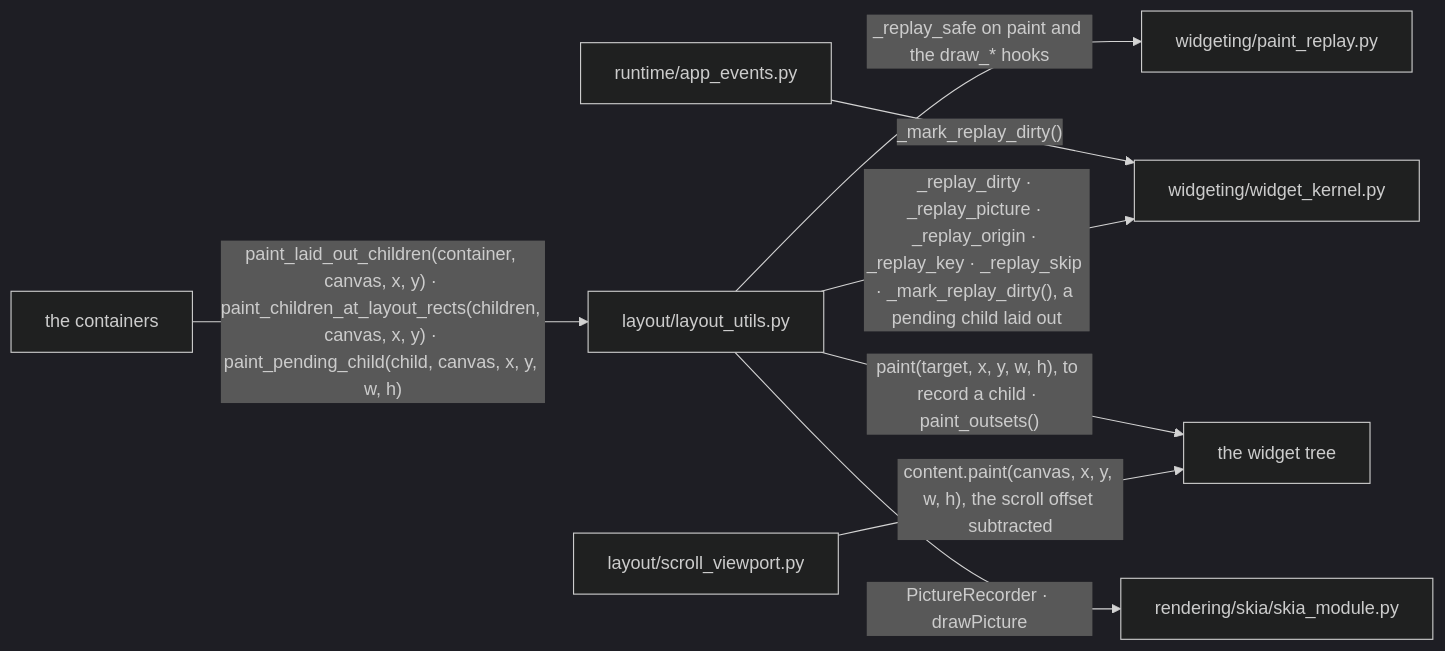
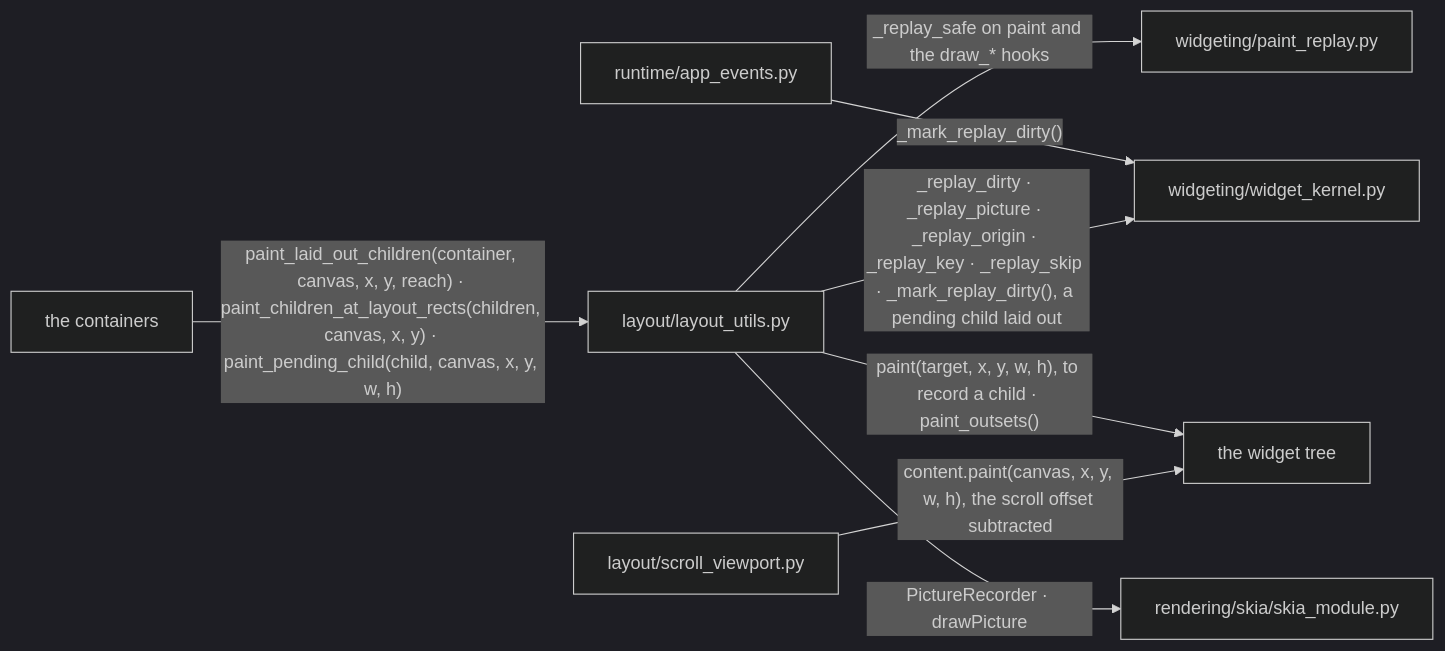
Before and after one commit to yuksblog/nuiitivet: the fifth of 6 diagrams in docs/design/PAINT_CACHE.md, drawn with Mermaid (dark theme). The commit also changed other lines of this file and 14 other files, not shown here.

First line of the commit message:
perf(layout): paint only the children of scroll content that the clip reaches

````diff
--- a/docs/design/PAINT_CACHE.md
+++ b/docs/design/PAINT_CACHE.md
@@ -151,19 +151,19 @@
 ```mermaid
 flowchart LR
     containers[the containers]
     utils[layout/layout_utils.py]
     viewport[layout/scroll_viewport.py]
     kernel[widgeting/widget_kernel.py]
     replay[widgeting/paint_replay.py]
     events[runtime/app_events.py]
     tree[the widget tree]
     skia[rendering/skia/skia_module.py]
 
-    containers -- "paint_laid_out_children(container, canvas, x, y) · paint_children_at_layout_rects(children, canvas, x, y) · paint_pending_child(child, canvas, x, y, w, h)" --> utils
+    containers -- "paint_laid_out_children(container, canvas, x, y, reach) · paint_children_at_layout_rects(children, canvas, x, y) · paint_pending_child(child, canvas, x, y, w, h)" --> utils
     viewport -- "content.paint(canvas, x, y, w, h), the scroll offset subtracted" --> tree
     utils -- "_replay_dirty · _replay_picture · _replay_origin · _replay_key · _replay_skip · _mark_replay_dirty(), a pending child laid out" --> kernel
     utils -- "_replay_safe on paint and the draw_* hooks" --> replay
     utils -- "paint(target, x, y, w, h), to record a child · paint_outsets()" --> tree
     utils -- "PictureRecorder · drawPicture" --> skia
     events -- "_mark_replay_dirty()" --> kernel
 ```
````
